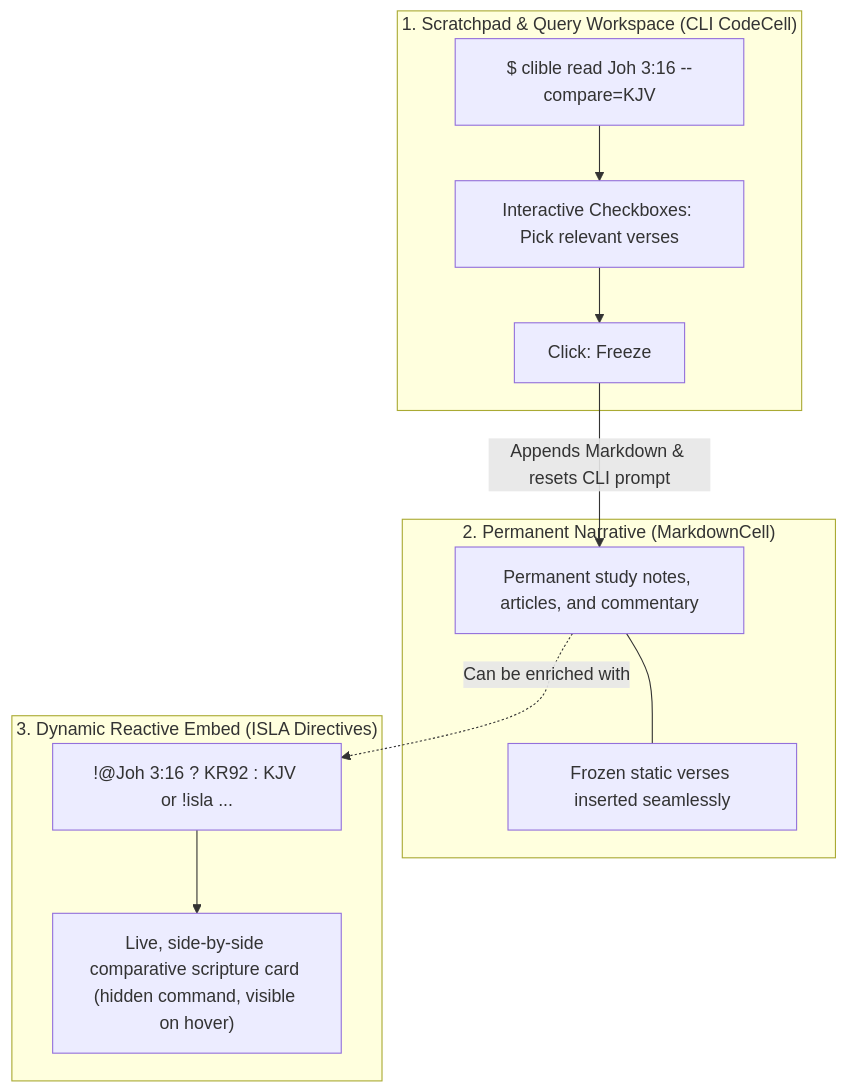
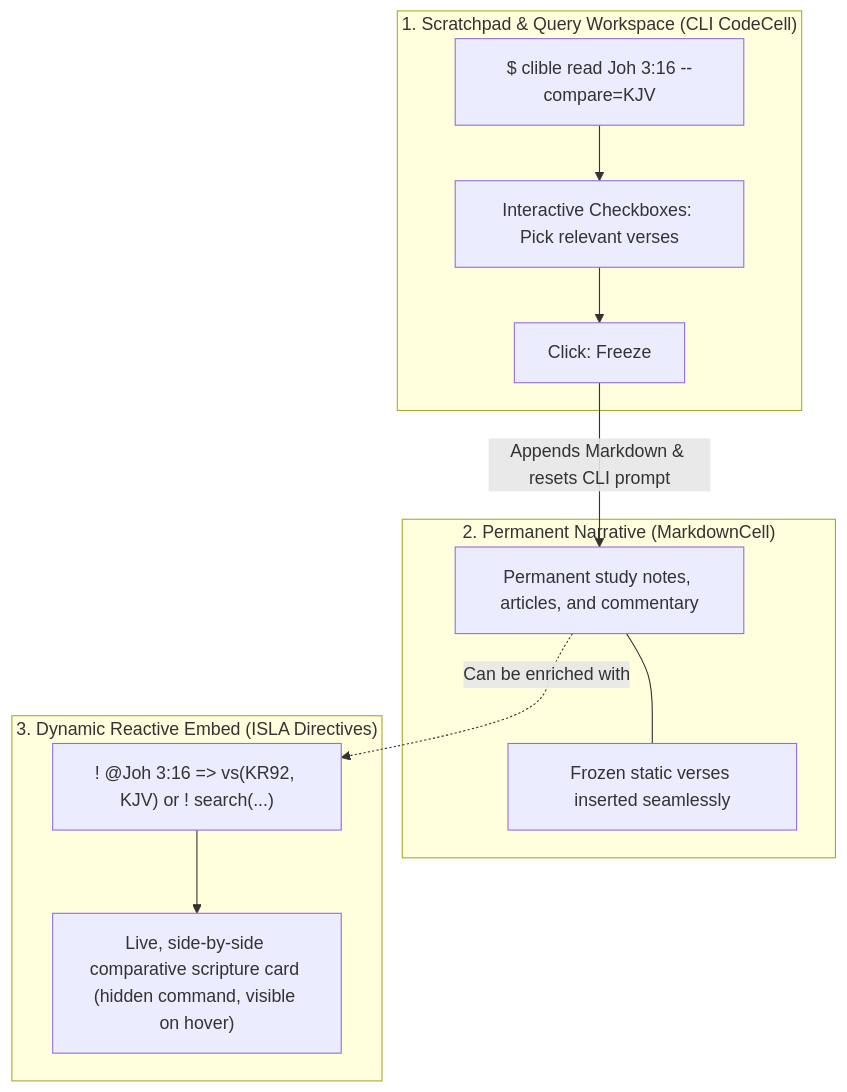
One commit to mvirtai/clible-v3-go changed the diagram in docs/guide/isla-guide.md. Above: the diagram before and after it, drawn with Mermaid. The commit also changed other lines of this file, not shown here.

Commit message:
docs(guide): update isla guide with functional pipeline syntax and smart scopes

````diff
--- a/docs/guide/isla-guide.md
+++ b/docs/guide/isla-guide.md
@@ -23,24 +23,24 @@
 ```mermaid
 flowchart TD
     subgraph Layer1 ["1. Scratchpad & Query Workspace (CLI CodeCell)"]
         CLI["$ clible read Joh 3:16 --compare=KJV"]
         CHECK["Interactive Checkboxes: Pick relevant verses"]
         FREEZE["Click: Freeze"]
         CLI --> CHECK --> FREEZE
     end
 
     subgraph Layer2 ["2. Permanent Narrative (MarkdownCell)"]
         NARRATIVE["Permanent study notes, articles, and commentary"]
         FROZEN["Frozen static verses inserted seamlessly"]
         NARRATIVE --- FROZEN
     end
 
     subgraph Layer3 ["3. Dynamic Reactive Embed (ISLA Directives)"]
-        EMBED["!@Joh 3:16 ? KR92 : KJV or !isla ..."]
+        EMBED["! @Joh 3:16 => vs(KR92, KJV) or ! search(...)"]
         LIVE["Live, side-by-side comparative scripture card (hidden command, visible on hover)"]
         EMBED --> LIVE
     end
 
     FREEZE -->|"Appends Markdown & resets CLI prompt"| NARRATIVE
     NARRATIVE -.->|"Can be enriched with"| EMBED
 ```
````
